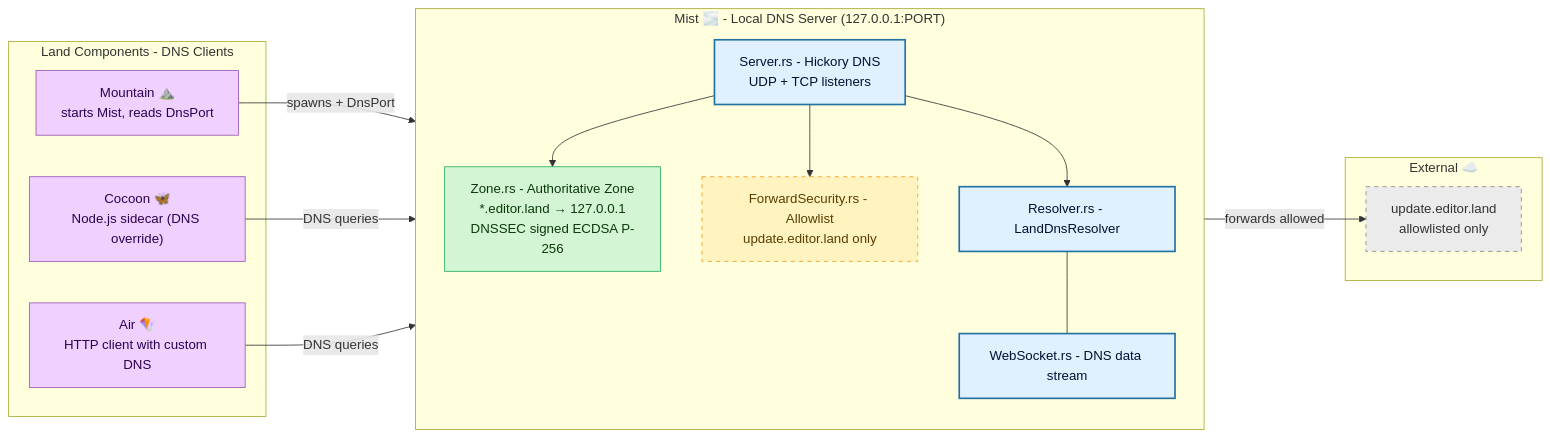
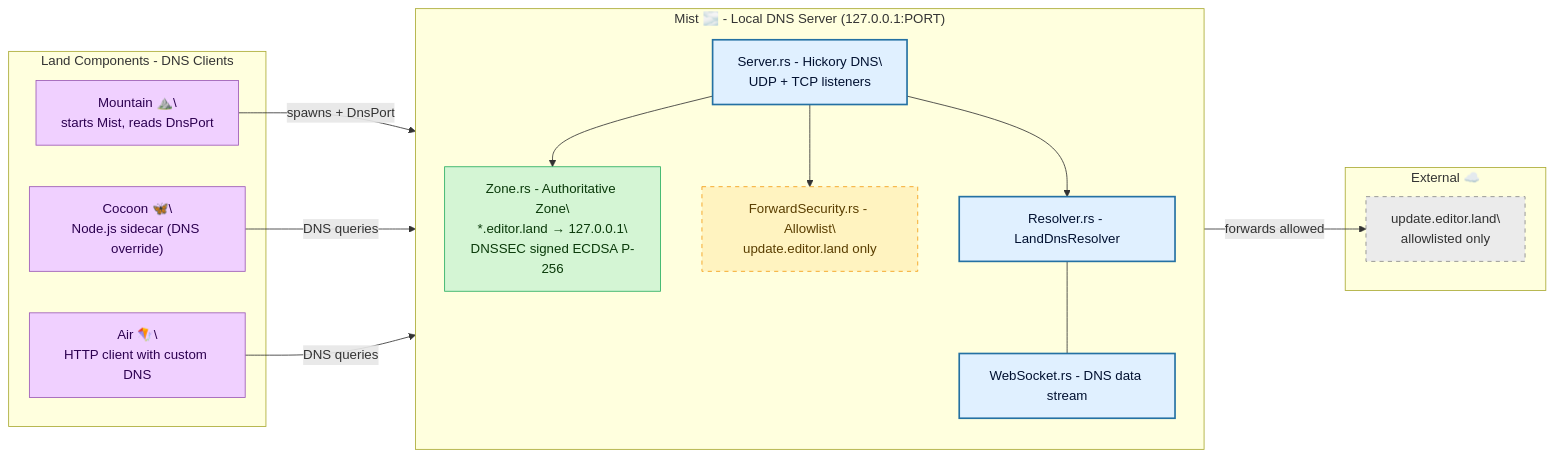
Before and after one commit to CodeEditorLand/Mist: the diagram in README.md, drawn with Mermaid. The commit also changed other lines of this file, not shown here.

First line of the commit message:
docs(Mist): Restructure README with features, architecture principles, and corrected doc URL

````diff
--- a/README.md
+++ b/README.md
@@ -80,37 +129,37 @@
 ```mermaid
 graph LR
     classDef mist     fill:#e0f0ff,stroke:#2471a3,stroke-width:2px,color:#001030;
     classDef zone     fill:#d4f5d4,stroke:#27ae60,stroke-width:1px,color:#0a3a0a;
     classDef forward  fill:#fff3c0,stroke:#f39c12,stroke-width:1px,stroke-dasharray:5 5,color:#5a3e00;
     classDef consumer fill:#f0d0ff,stroke:#9b59b6,stroke-width:1px,color:#2c0050;
     classDef external fill:#ebebeb,stroke:#888,stroke-width:1px,stroke-dasharray:5 5,color:#333;
 
     subgraph CONSUMERS["Land Components - DNS Clients"]
-        Mountain["Mountain ⛰️\nstarts Mist, reads DnsPort"]:::consumer
-        Cocoon["Cocoon 🦋\nNode.js sidecar (DNS override)"]:::consumer
-        Air["Air 🪁\nHTTP client with custom DNS"]:::consumer
+        Mountain["Mountain ⛰️\\nstarts Mist, reads DnsPort"]:::consumer
+        Cocoon["Cocoon 🦋\\nNode.js sidecar (DNS override)"]:::consumer
+        Air["Air 🪁\\nHTTP client with custom DNS"]:::consumer
     end
 
     subgraph MIST["Mist 🌫️ - Local DNS Server (127.0.0.1:PORT)"]
         direction TB
-        Server["Server.rs - Hickory DNS\nUDP + TCP listeners"]:::mist
-        Zone["Zone.rs - Authoritative Zone\n*.editor.land → 127.0.0.1\nDNSSEC signed ECDSA P-256"]:::zone
-        Forward["ForwardSecurity.rs - Allowlist\nupdate.editor.land only"]:::forward
+        Server["Server.rs - Hickory DNS\\nUDP + TCP listeners"]:::mist
+        Zone["Zone.rs - Authoritative Zone\\n*.editor.land → 127.0.0.1\\nDNSSEC signed ECDSA P-256"]:::zone
+        Forward["ForwardSecurity.rs - Allowlist\\nupdate.editor.land only"]:::forward
         Resolver["Resolver.rs - LandDnsResolver"]:::mist
         WSTransport["WebSocket.rs - DNS data stream"]:::mist
 
         Server --> Zone
         Server --> Forward
         Server --> Resolver
         Resolver --- WSTransport
     end
 
     subgraph INTERNET["External ☁️"]
-        UpdateServer["update.editor.land\nallowlisted only"]:::external
+        UpdateServer["update.editor.land\\nallowlisted only"]:::external
     end
 
     Mountain -- spawns + DnsPort --> Server
     Cocoon -- DNS queries --> Server
     Air -- DNS queries --> Resolver
     Forward -- forwards allowed --> UpdateServer
 ```
````
